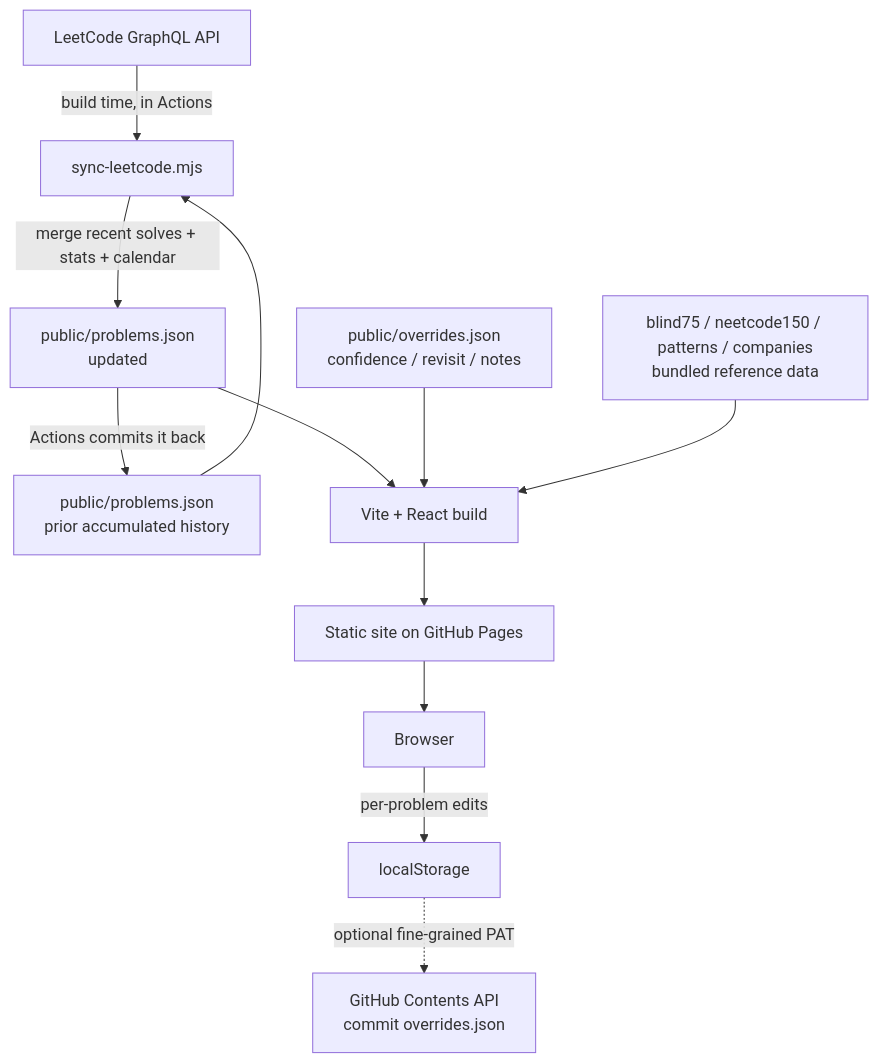
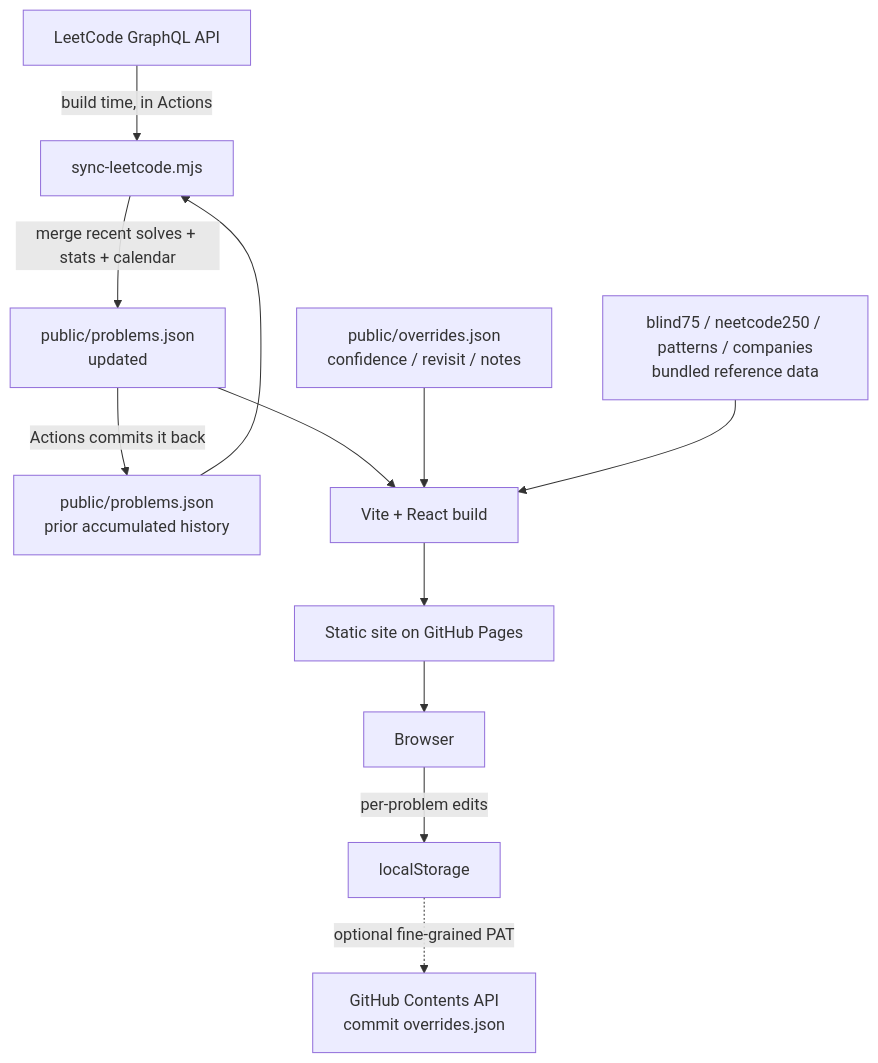
Before and after one commit to shiva-shivanibokka/dsa-dojo: the diagram in README.md, drawn with Mermaid. The commit also changed other lines of this file, not shown here.

Commit message:
Update README: NeetCode 250 roadmap, review queue, sync-now, deploy hardening

````diff
--- a/README.md
+++ b/README.md
@@ -38,14 +41,14 @@
 ```mermaid
 flowchart TD
     A[LeetCode GraphQL API] -->|build time, in Actions| B[sync-leetcode.mjs]
     P[public/problems.json<br/>prior accumulated history] --> B
     B -->|merge recent solves + stats + calendar| C[public/problems.json<br/>updated]
     C -->|Actions commits it back| P
     C --> D[Vite + React build]
     O[public/overrides.json<br/>confidence / revisit / notes] --> D
-    L1[blind75 / neetcode150 / patterns / companies<br/>bundled reference data] --> D
+    L1[blind75 / neetcode250 / patterns / companies<br/>bundled reference data] --> D
     D --> E[Static site on GitHub Pages]
     E --> F[Browser]
     F -->|per-problem edits| G[localStorage]
     G -.->|optional fine-grained PAT| H[GitHub Contents API<br/>commit overrides.json]
 ```
````
